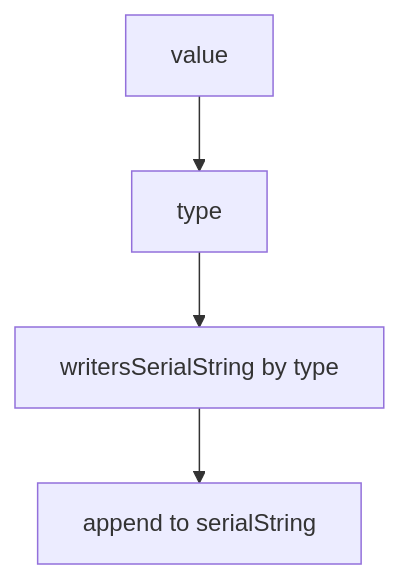
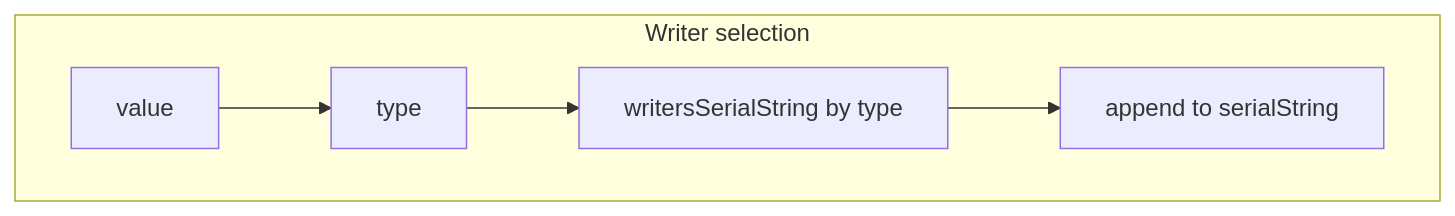
One commit to Gh0st352/AETHR changed the second of 3 diagrams in docs/io/serialize_nofunc.md. Above: the diagram before and after it, drawn with Mermaid. The commit also changed other lines of this file and 5 other files, not shown here.

First line of the commit message:
docs(io): restructure Mermaid diagrams, add subgraphs & classes

````diff
--- a/docs/io/serialize_nofunc.md
+++ b/docs/io/serialize_nofunc.md
@@ -26,6 +38,12 @@
 ```mermaid
+%% shared theme: docs/_mermaid/theme.json %%
 flowchart TD
-  ITEM[value] --> TYPE[type]
-  TYPE --> SW[writersSerialString by type]
-  SW --> SER[append to serialString]
+  subgraph "Writer selection"
+    ITEM[value] --> TYPE[type]
+    TYPE --> SW[writersSerialString by type]
+    SW --> SER[append to serialString]
+  end
+
+  class ITEM class_data;
+  class TYPE,SW,SER class_step;
 ```
````
